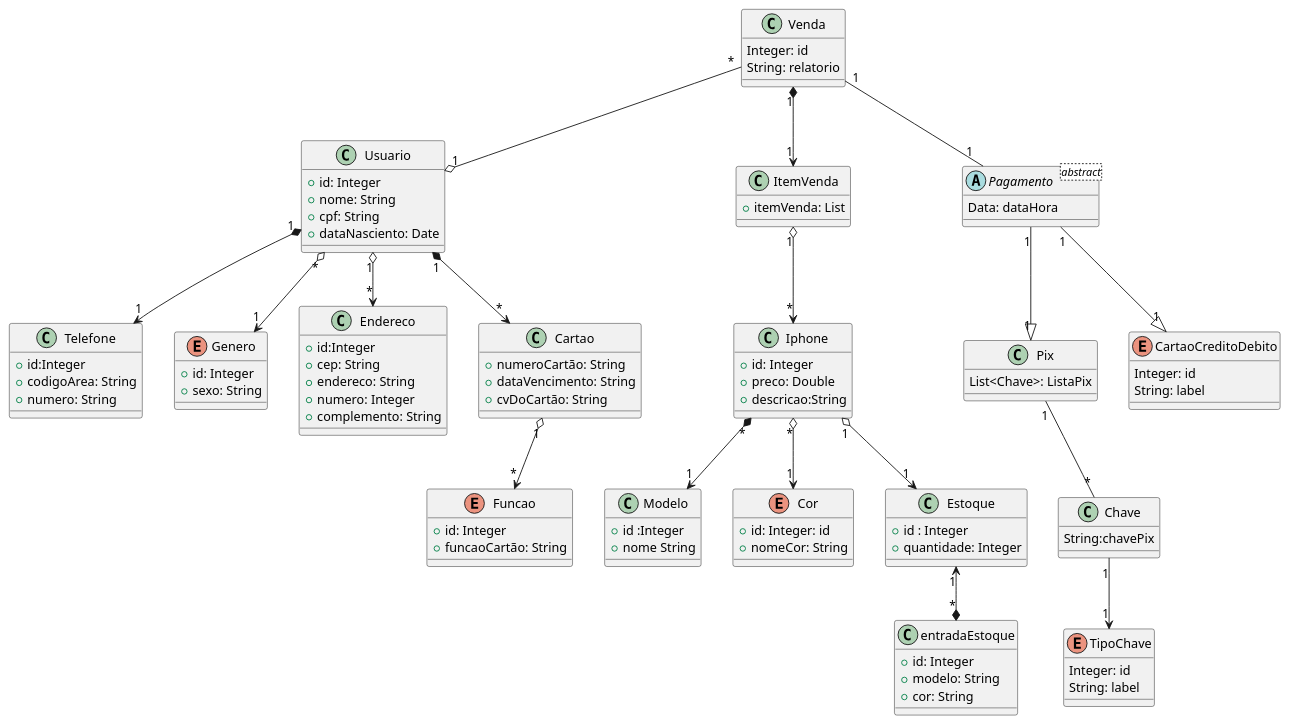
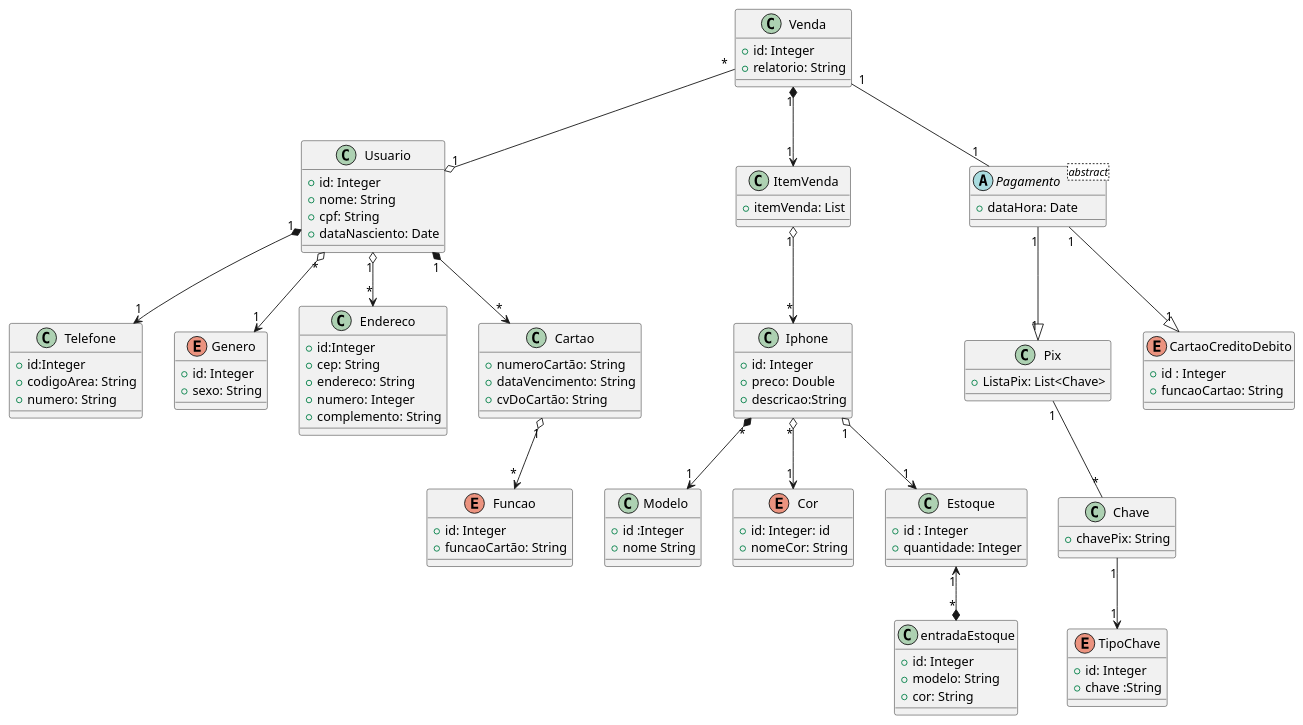
The diagram in index.puml (rafael-a-s/modelo-uml-rriphones), drawn with PlantUML before and after one commit.

Commit message:
atualização de sintaxe de codigo e diagrama

```diff
--- a/index.puml
+++ b/index.puml
@@ -1,114 +1,114 @@
 @startuml
 
 '=============== Produto ============'
 class Iphone{
   + id: Integer
   + preco: Double
   + descricao:String
 }
 class Modelo{
   + id :Integer
   + nome String
 }
 enum Cor{
   + id: Integer: id
   + nomeCor: String
 }
 class Estoque{
   + id : Integer
   + quantidade: Integer
 
 }
 class entradaEstoque{
   + id: Integer
   + modelo: String
   + cor: String
 
 }
 Iphone "*" o--> "1" Cor
 Iphone "*" *-->"1" Modelo
 Iphone "1" o-->"1" Estoque
 Estoque "1"<--*"*" entradaEstoque
 '=============== Usuario ============'
 class Usuario{
   + id: Integer
   + nome: String
   + cpf: String
   + dataNasciento: Date
 
 }
 class Telefone{
   + id:Integer
   + codigoArea: String
   + numero: String
 }
 enum Genero{
   +id: Integer
   + sexo: String
 }
 class Endereco{
   + id:Integer
   + cep: String
   + endereco: String
   + numero: Integer
   + complemento: String
 }
 'Guardar hash do cv do cartao'
 'Hash da data de vencimento'
 class Cartao{
   + numeroCartão: String
   + dataVencimento: String
   + cvDoCartão: String
 }
 
 Enum Funcao{
  + id: Integer
  + funcaoCartão: String
 }
 
 Usuario "*" o-->"1" Genero
 Usuario "1"*-->"1" Telefone
 Usuario "1" o-->"*" Endereco
 Usuario "1" *-->"*" Cartao
 Cartao "1" o-->"*" Funcao
 '=============== Compra ============'
 class ItemVenda{
   + itemVenda: List
 }
 class Venda{
-  Integer: id
-  String: relatorio
+  + id: Integer
+  + relatorio: String
 }
 abstract class  Pagamento<abstract>{
-  Data: dataHora
+  + dataHora: Date
 }
 class Pix {
-  List<Chave>: ListaPix
+  + ListaPix: List<Chave>
 }
 class Chave{
-  String:chavePix
+  + chavePix: String
 }
 Enum TipoChave{
-  Integer: id
-  String: label
+  + id: Integer
+  + chave :String
 }
 
 Enum CartaoCreditoDebito{
-  Integer: id
-  String: label
+  + id : Integer
+  + funcaoCartao: String
 }
 
 
 ItemVenda "1" o--> "*" Iphone
 Venda "1"*-->"1" ItemVenda
 Venda "*"--o "1" Usuario
 Venda "1"--"1" Pagamento
 Pagamento "1"--|>"1" Pix
 Pagamento "1"--|>"1" CartaoCreditoDebito
 Pix "1"--"*" Chave
 Chave "1"-->"1" TipoChave
 
 '=============== relacionamentos ============'
 'Buscar os dados de enderço via api dos correios'
 
 @enduml
```
